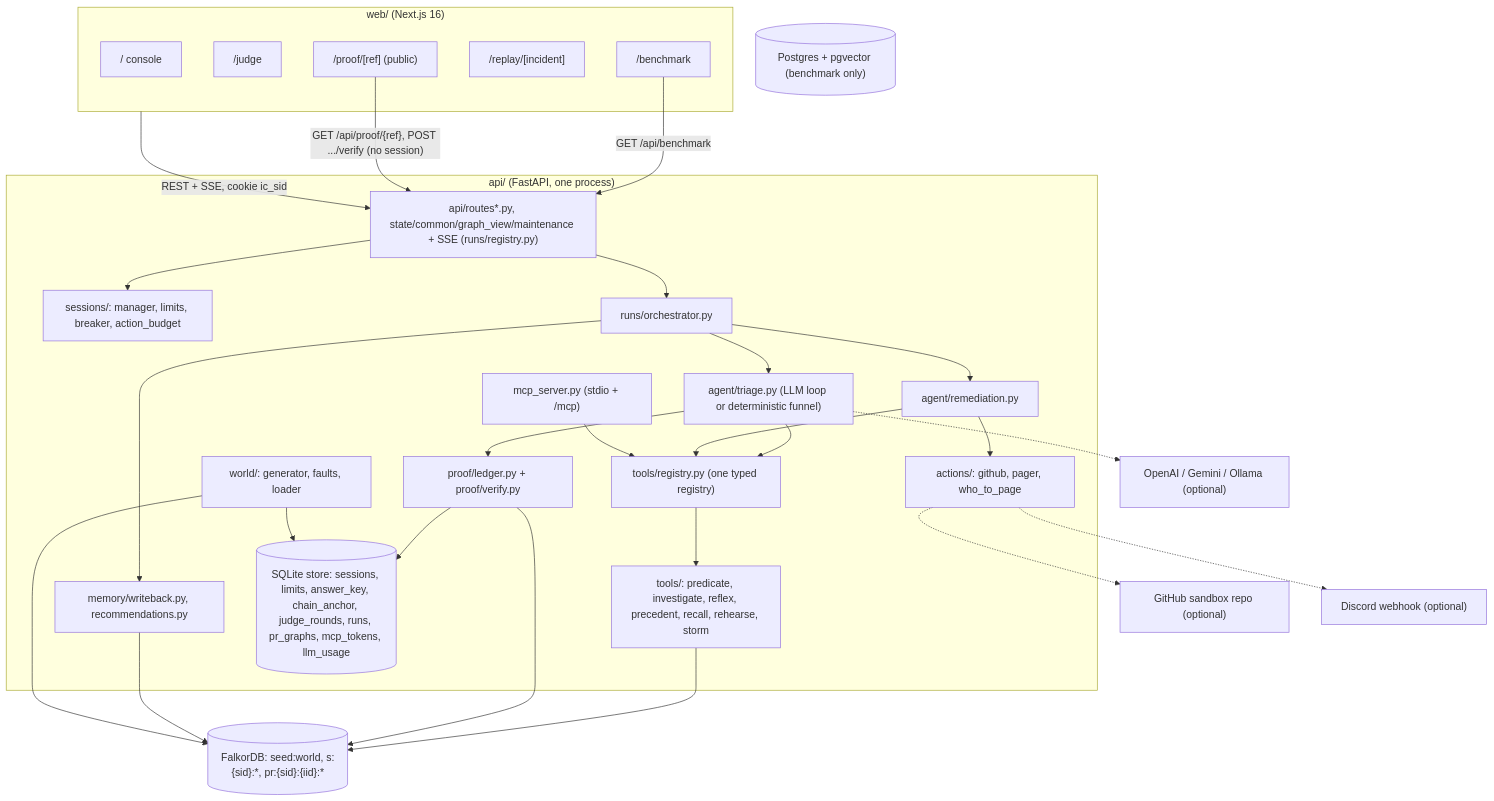
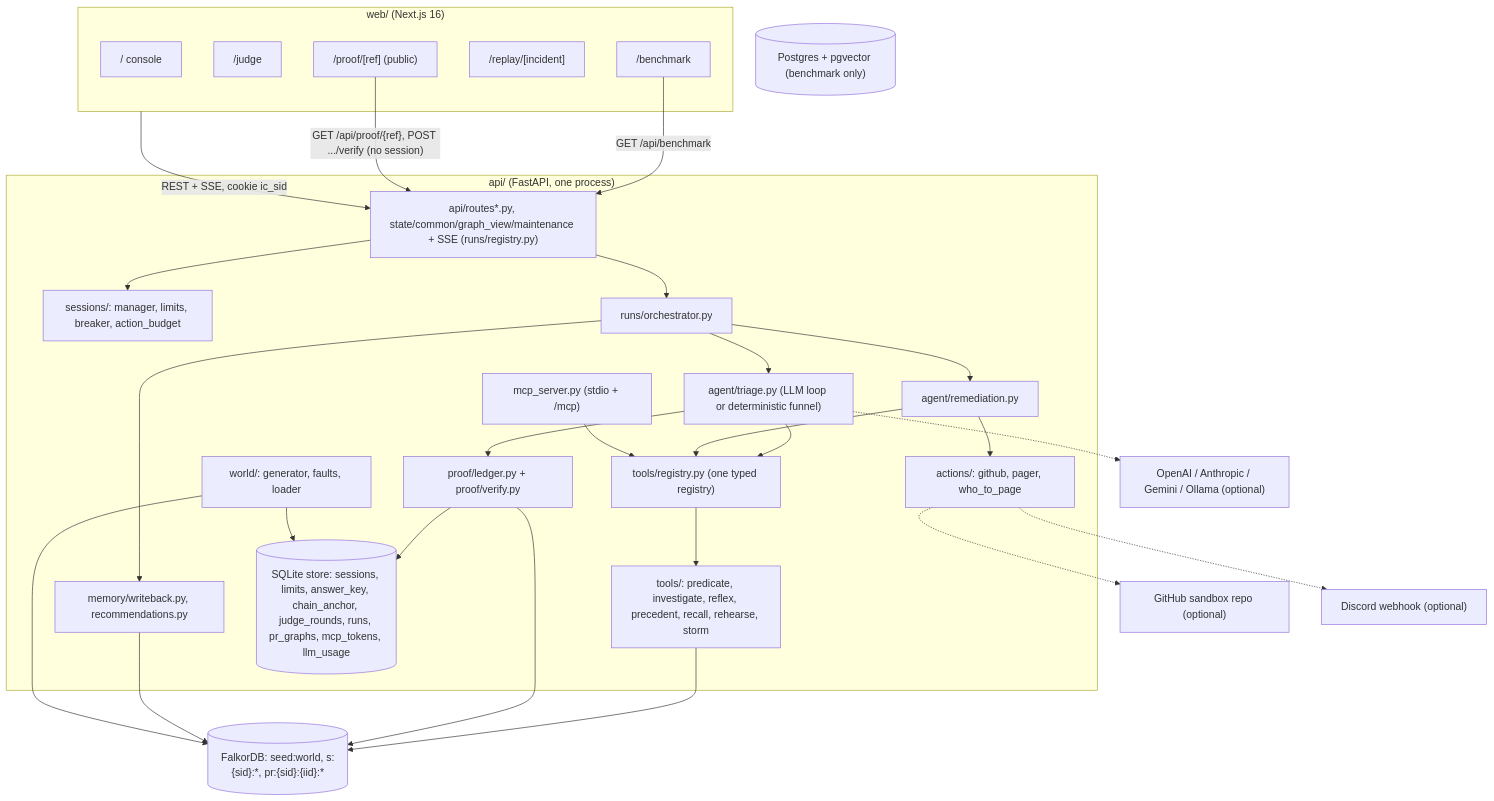
Before and after one commit to rnihesh/incident-commander: the first of 6 diagrams in docs/architecture.md, drawn with Mermaid. The commit also changed other lines of this file and 1 other file, not shown here.

First line of the commit message:
docs: add a How-it-works diagram to README, refresh architecture doc

````diff
--- a/docs/architecture.md
+++ b/docs/architecture.md
@@ -10,51 +10,51 @@
 ```mermaid
 flowchart TB
   subgraph Web["web/ (Next.js 16)"]
     Console["/ console"]
     Judge["/judge"]
     Bench["/benchmark"]
     Replay["/replay/[incident]"]
     Proof["/proof/[ref] (public)"]
   end
   subgraph API["api/ (FastAPI, one process)"]
     Routes["api/routes*.py, state/common/graph_view/maintenance + SSE (runs/registry.py)"]
     Sessions["sessions/: manager, limits, breaker, action_budget"]
     Orch["runs/orchestrator.py"]
     Triage["agent/triage.py (LLM loop or deterministic funnel)"]
     Remed["agent/remediation.py"]
     Registry["tools/registry.py (one typed registry)"]
     Tools["tools/: predicate, investigate, reflex, precedent, recall, rehearse, storm"]
     Ledger["proof/ledger.py + proof/verify.py"]
     Memory["memory/writeback.py, recommendations.py"]
     Actions["actions/: github, pager, who_to_page"]
     World["world/: generator, faults, loader"]
     MCP["mcp_server.py (stdio + /mcp)"]
     Store[("SQLite store: sessions, limits, answer_key, chain_anchor, judge_rounds, runs, pr_graphs, mcp_tokens, llm_usage")]
   end
   Falkor[("FalkorDB: seed:world, s:{sid}:*, pr:{sid}:{iid}:*")]
-  LLM["OpenAI / Gemini / Ollama (optional)"]
+  LLM["OpenAI / Anthropic / Gemini / Ollama (optional)"]
   GH["GitHub sandbox repo (optional)"]
   DC["Discord webhook (optional)"]
   PG[("Postgres + pgvector (benchmark only)")]
 
   Web -->|"REST + SSE, cookie ic_sid"| Routes
   Routes --> Sessions
   Routes --> Orch
   Orch --> Triage
   Orch --> Remed
   Triage --> Registry
   Remed --> Registry
   MCP --> Registry
   Registry --> Tools --> Falkor
   Triage --> Ledger --> Falkor
   Ledger --> Store
   Triage -.-> LLM
   Remed --> Actions
   Actions -.-> GH
   Actions -.-> DC
   Orch --> Memory --> Falkor
   World --> Falkor
   World --> Store
   Bench -->|"GET /api/benchmark"| Routes
   Proof -->|"GET /api/proof/{ref}, POST .../verify (no session)"| Routes
 ```
````
